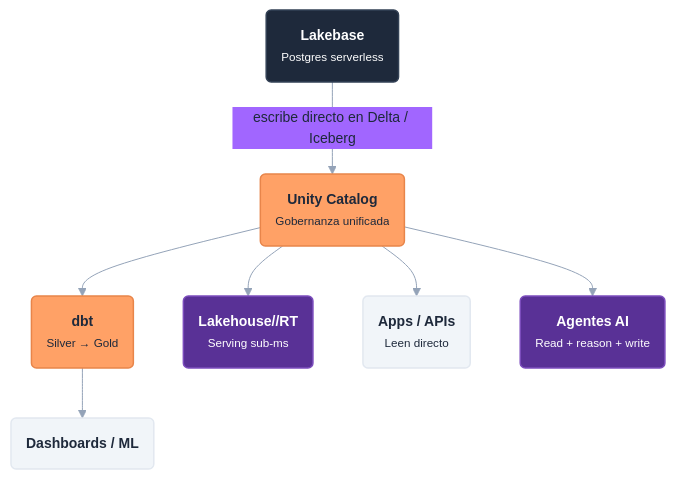
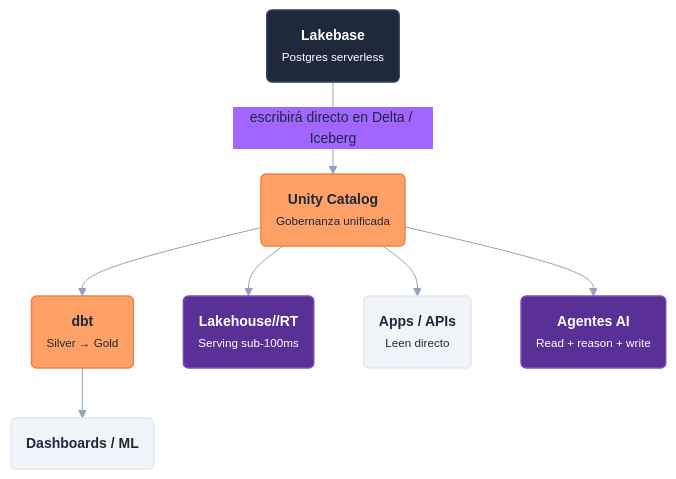
One commit to mauroloprete/mauroloprete changed the second of 2 diagrams in blog/posts/ltap-databricks/index.qmd. Above: the diagram before and after it, drawn with Mermaid. The commit also changed other lines of this file, not shown here.

Commit message:
Update ltap databricks

````diff
--- a/blog/posts/ltap-databricks/index.qmd
+++ b/blog/posts/ltap-databricks/index.qmd
@@ -165,26 +166,27 @@
 ```{mermaid}
 %%| fig-width: 8
+%%| fig-alt: "Diagrama de la arquitectura LTAP con Lakebase, Unity Catalog, dbt, Lakehouse RT, aplicaciones, agentes AI y dashboards sobre una misma capa gobernada."
 %%{init: {'theme': 'base', 'themeVariables': { 'fontSize': '14px', 'fontFamily': 'Helvetica', 'primaryColor': '#FFA166', 'primaryTextColor': '#1e293b', 'lineColor': '#94a3b8', 'primaryBorderColor': '#e8854a'}}}%%
 flowchart TD
     LB("<b>Lakebase</b><br><small>Postgres serverless</small>")
     UC("<b>Unity Catalog</b><br><small>Gobernanza unificada</small>")
     DBT2("<b>dbt</b><br><small>Silver → Gold</small>")
-    RT("<b>Lakehouse//RT</b><br><small>Serving sub-ms</small>")
+    RT("<b>Lakehouse//RT</b><br><small>Serving sub-100ms</small>")
     APPS("<b>Apps / APIs</b><br><small>Leen directo</small>")
     AGENTS("<b>Agentes AI</b><br><small>Read + reason + write</small>")
     DASH2("<b>Dashboards / ML</b>")
 
-    LB -- "escribe directo en Delta / Iceberg" --> UC
+    LB -- "escribirá directo en Delta / Iceberg" --> UC
     UC --> DBT2 --> DASH2
     UC --> RT
     UC --> APPS
     UC --> AGENTS
 
     style LB fill:#1e293b,stroke:#334155,color:#fff,stroke-width:1.5px
     style UC fill:#FFA166,stroke:#e8854a,color:#1e293b,stroke-width:1.5px
     style DBT2 fill:#FFA166,stroke:#e8854a,color:#1e293b,stroke-width:1.5px
     style RT fill:#593196,stroke:#7c4dbd,color:#fff,stroke-width:1.5px
     style AGENTS fill:#593196,stroke:#7c4dbd,color:#fff,stroke-width:1.5px
     style APPS fill:#f1f5f9,stroke:#e2e8f0,color:#1e293b,stroke-width:1.5px
     style DASH2 fill:#f1f5f9,stroke:#e2e8f0,color:#1e293b,stroke-width:1.5px
 ```
````
